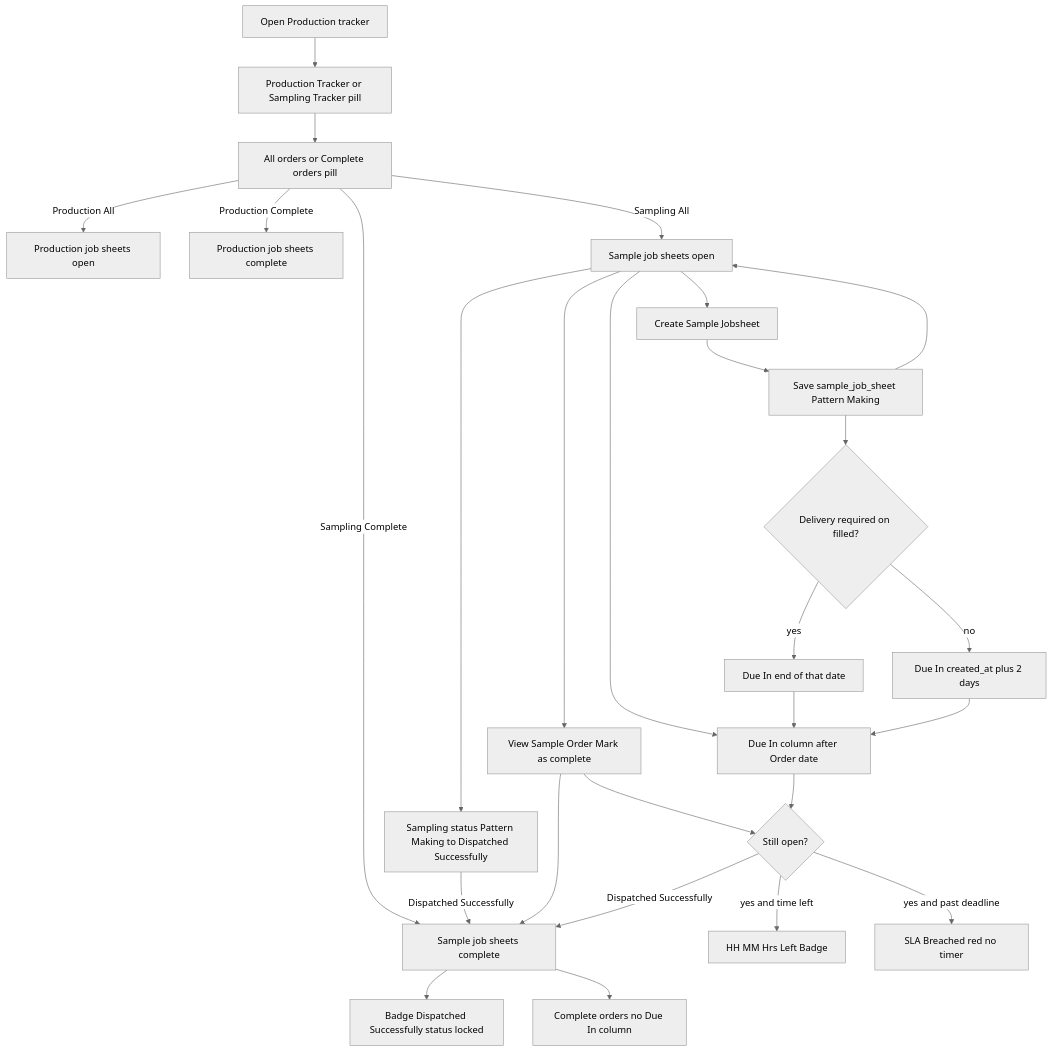
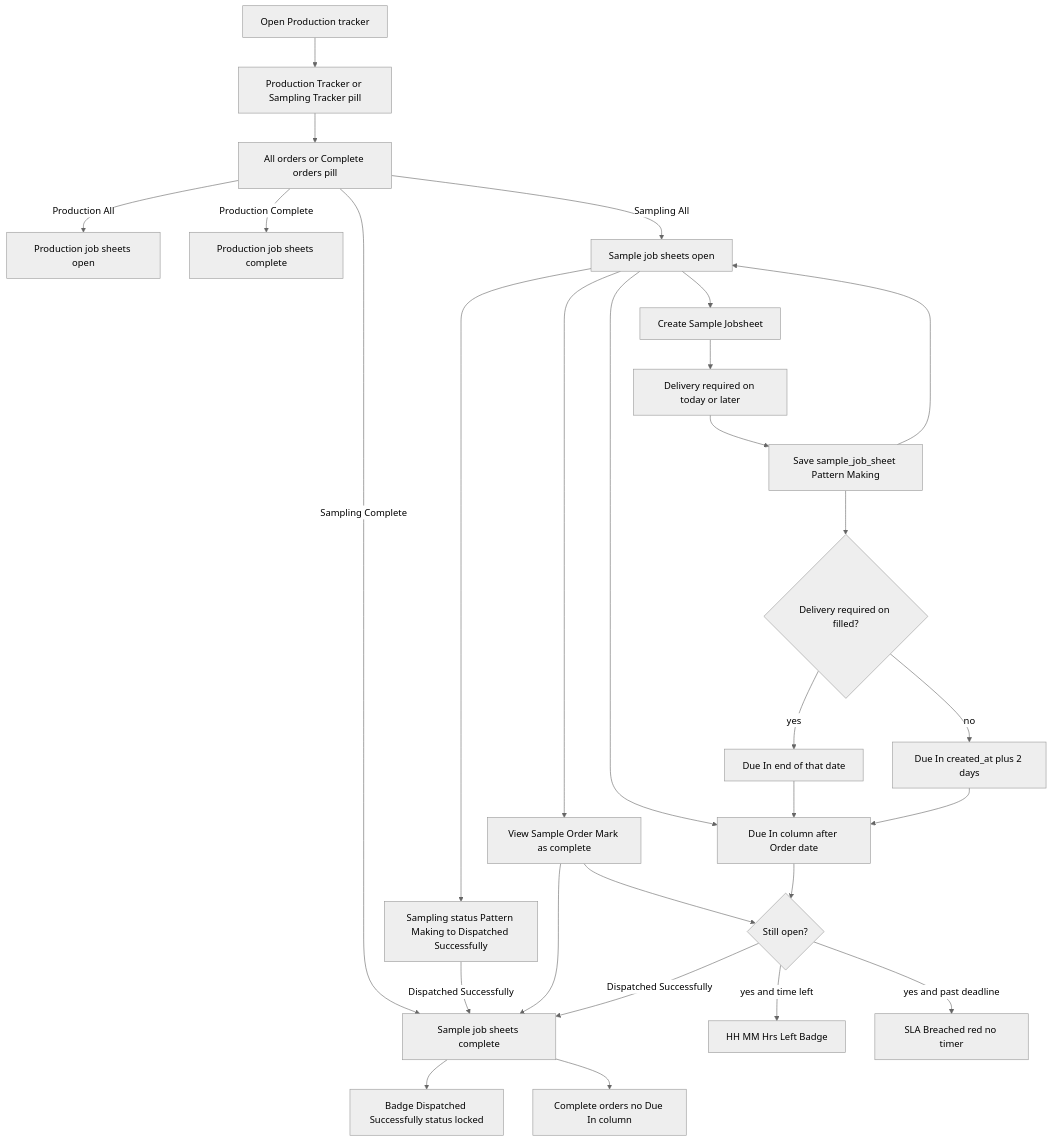
Before and after one commit to Mayur8291/Printing-Tracker: the second of 12 diagrams in docs/FLOWCHARTS.md, drawn with Mermaid (neutral theme). The commit also changed other lines of this file and 15 other files, not shown here.

Commit message:
Add Internal Support Platform with issue, floor, comment, and submit flow.

````diff
--- a/docs/FLOWCHARTS.md
+++ b/docs/FLOWCHARTS.md
@@ -5,29 +31,30 @@
 ```mermaid
 flowchart TD
   User[Open Production tracker] --> Switch[Production Tracker or Sampling Tracker pill]
   Switch --> ListTabs[All orders or Complete orders pill]
   ListTabs -->|Production All| ProdOpen[Production job sheets open]
   ListTabs -->|Production Complete| ProdDone[Production job sheets complete]
   ListTabs -->|Sampling All| SampleOpen[Sample job sheets open]
   ListTabs -->|Sampling Complete| SampleDone[Sample job sheets complete]
   SampleOpen --> StatusPick[Sampling status Pattern Making to Dispatched Successfully]
   StatusPick -->|Dispatched Successfully| SampleDone
   SampleOpen --> ViewSample[View Sample Order Mark as complete]
   ViewSample --> SampleDone
   SampleDone --> LockedStatus[Badge Dispatched Successfully status locked]
   SampleOpen --> SampleForm[Create Sample Jobsheet]
-  SampleForm --> SampleSave[Save sample_job_sheet Pattern Making]
+  SampleForm --> DeliveryPick[Delivery required on today or later]
+  DeliveryPick --> SampleSave[Save sample_job_sheet Pattern Making]
   SampleSave --> SampleOpen
   SampleSave --> SlaClock{Delivery required on filled?}
   SlaClock -->|yes| DueDateSla[Due In end of that date]
   SlaClock -->|no| DefaultSla[Due In created_at plus 2 days]
   SampleOpen --> ListDueIn[Due In column after Order date]
   DueDateSla --> ListDueIn
   DefaultSla --> ListDueIn
   SampleDone --> NoListDueIn[Complete orders no Due In column]
   ViewSample --> DueIn{Still open?}
   ListDueIn --> DueIn
   DueIn -->|yes and time left| Countdown[HH MM Hrs Left Badge]
   DueIn -->|yes and past deadline| Breach[SLA Breached red no timer]
   DueIn -->|Dispatched Successfully| SampleDone
 ```
````
